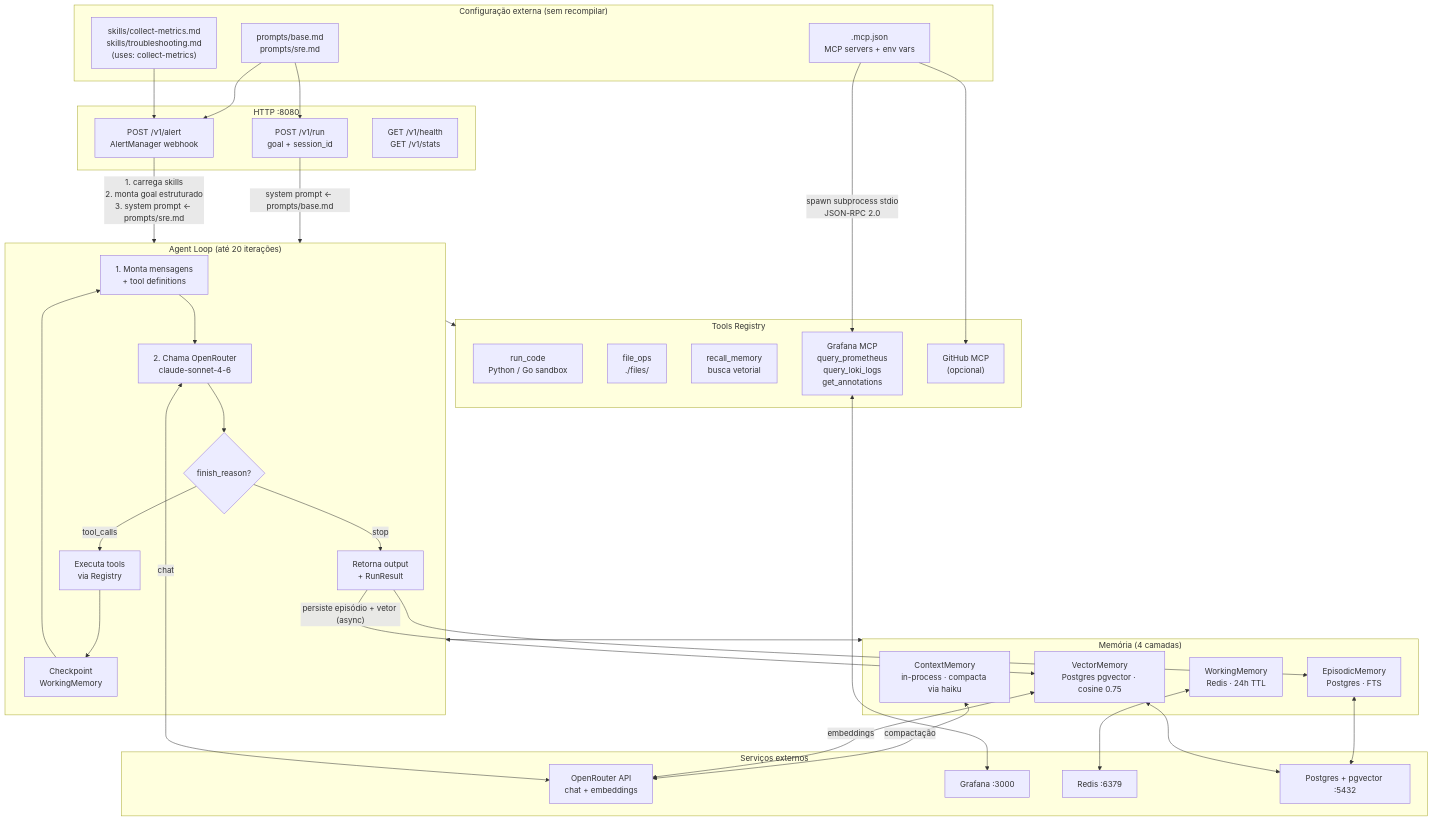
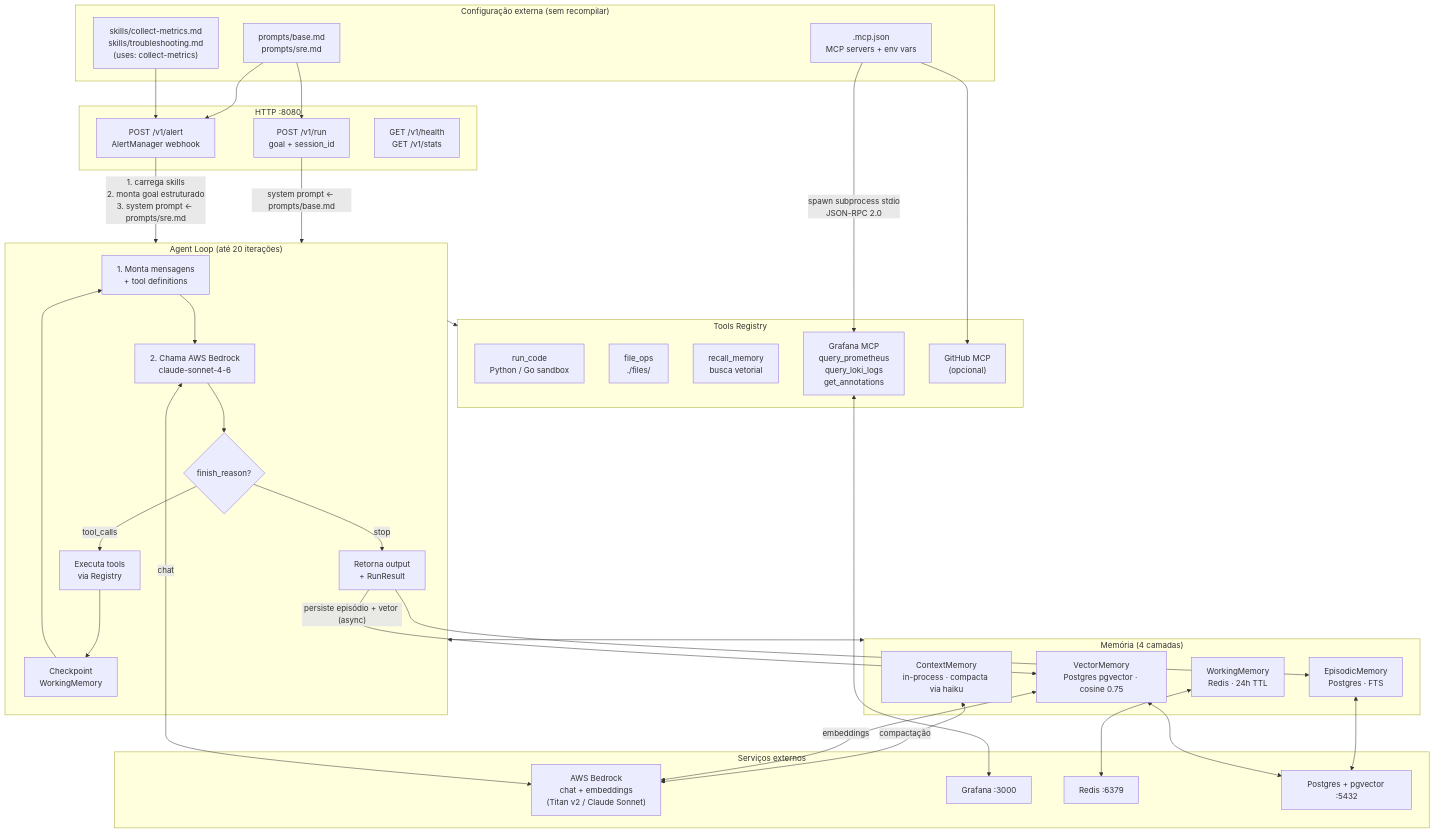
The first of 2 diagrams in README.md (celson/agent-service), drawn with Mermaid before and after one commit. The commit also changed other lines of this file and 21 other files, not shown here.

First line of the commit message:
feat: substitui OpenRouter por AWS Bedrock como backend LLM

````diff
--- a/README.md
+++ b/README.md
@@ -198,70 +219,70 @@
 ```mermaid
 flowchart TD
     subgraph HTTP["HTTP :8080"]
         R1["POST /v1/run\ngoal + session_id"]
         R2["POST /v1/alert\nAlertManager webhook"]
         R3["GET /v1/health\nGET /v1/stats"]
     end
 
     subgraph Config["Configuração externa (sem recompilar)"]
         MCP[".mcp.json\nMCP servers + env vars"]
         PM["prompts/base.md\nprompts/sre.md"]
         SK["skills/collect-metrics.md\nskills/troubleshooting.md\n(uses: collect-metrics)"]
     end
 
     subgraph AgentLoop["Agent Loop (até 20 iterações)"]
         AL1["1. Monta mensagens\n+ tool definitions"]
-        AL2["2. Chama OpenRouter\nclaude-sonnet-4-6"]
+        AL2["2. Chama AWS Bedrock\nclaude-sonnet-4-6"]
         AL3{"finish_reason?"}
         AL4["Executa tools\nvia Registry"]
         AL5["Checkpoint\nWorkingMemory"]
         AL6["Retorna output\n+ RunResult"]
         AL1 --> AL2 --> AL3
         AL3 -->|tool_calls| AL4 --> AL5 --> AL1
         AL3 -->|stop| AL6
     end
 
     subgraph Memory["Memória (4 camadas)"]
         M1["ContextMemory\nin-process · compacta via haiku"]
         M2["WorkingMemory\nRedis · 24h TTL"]
         M3["VectorMemory\nPostgres pgvector · cosine 0.75"]
         M4["EpisodicMemory\nPostgres · FTS"]
     end
 
     subgraph Tools["Tools Registry"]
         T1["run_code\nPython / Go sandbox"]
         T2["file_ops\n./files/"]
         T3["recall_memory\nbusca vetorial"]
         T4["Grafana MCP\nquery_prometheus\nquery_loki_logs\nget_annotations"]
         T5["GitHub MCP\n(opcional)"]
     end
 
     subgraph External["Serviços externos"]
-        OR["OpenRouter API\nchat + embeddings"]
+        OR["AWS Bedrock\nchat + embeddings\n(Titan v2 / Claude Sonnet)"]
         GR["Grafana :3000"]
         RD["Redis :6379"]
         PG["Postgres + pgvector :5432"]
     end
 
     R1 -->|"system prompt ← prompts/base.md"| AgentLoop
     R2 -->|"1. carrega skills\n2. monta goal estruturado\n3. system prompt ← prompts/sre.md"| AgentLoop
 
     MCP -->|"spawn subprocess stdio\nJSON-RPC 2.0"| T4
     MCP --> T5
     PM --> R1
     PM --> R2
     SK --> R2
 
     AgentLoop <--> Memory
     AgentLoop --> Tools
 
     M1 <-->|compactação| OR
     M3 <-->|embeddings| OR
     M4 <--> PG
     M3 <--> PG
     M2 <--> RD
     AL2 <-->|chat| OR
     T4 <--> GR
     AL6 -->|"persiste episódio + vetor (async)"| M3
     AL6 --> M4
 ```
````
